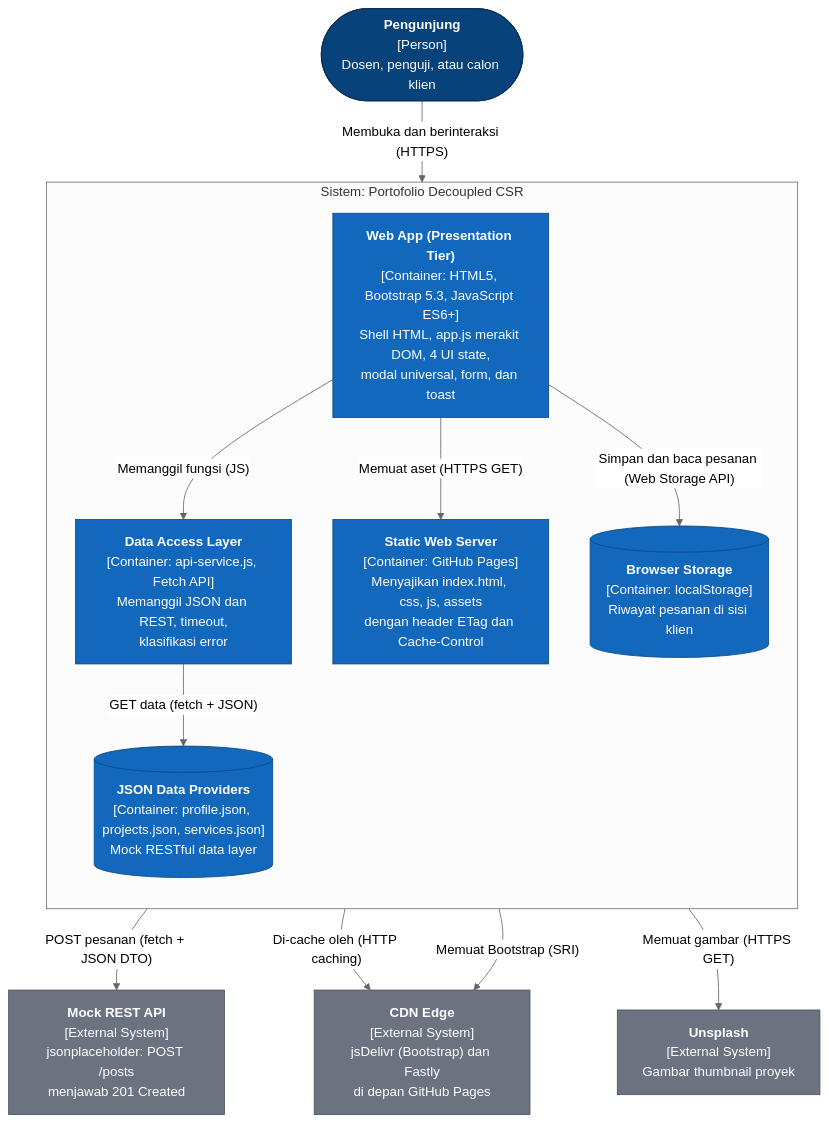
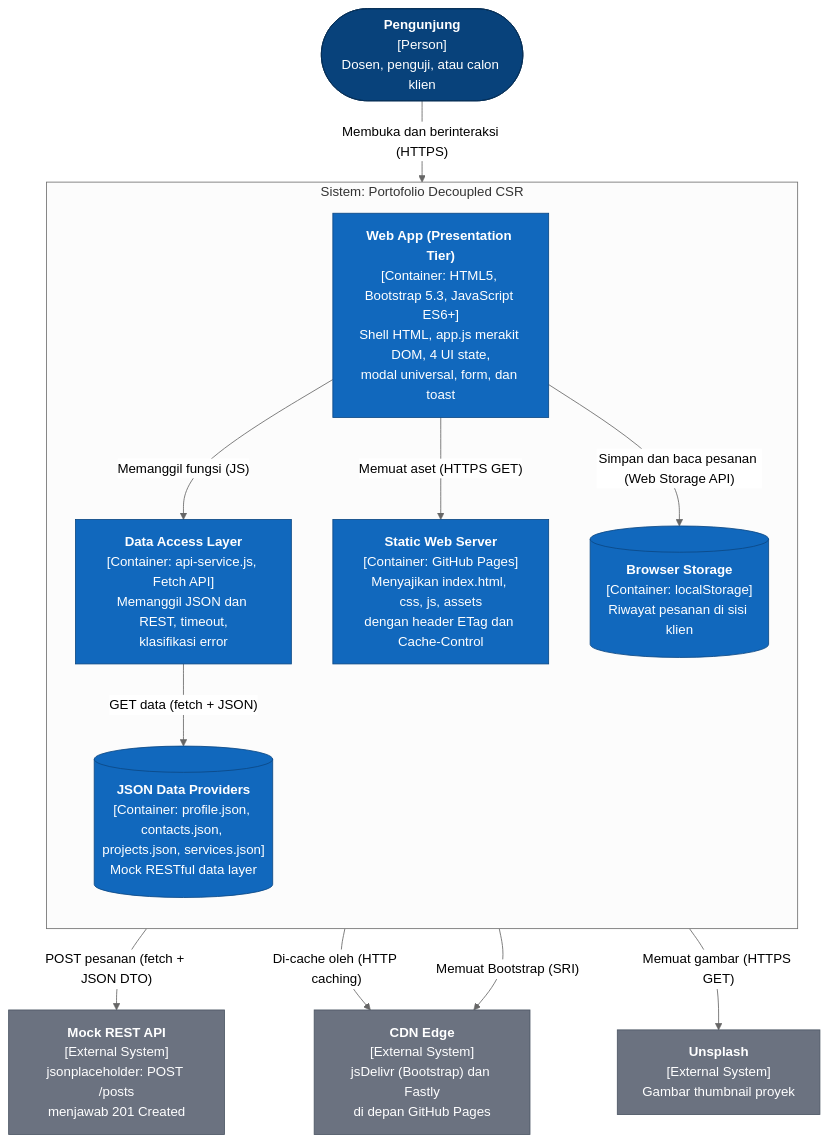
One commit to FredrickAritonang/ppw-2026-week2-12S24001 changed the first of 2 diagrams in README.md. Above: the diagram before and after it, drawn with Mermaid (neutral theme). The commit also changed other lines of this file, not shown here.

Commit message:
fix(docs): fix mermaid c4 architecture diagram syntax in readme

````diff
--- a/README.md
+++ b/README.md
@@ -31,34 +33,34 @@
 ```mermaid
 flowchart TB
   visitor(["<b>Pengunjung</b><br/>[Person]<br/>Dosen, penguji, atau calon klien"])
 
   subgraph boundary["Sistem: Portofolio Decoupled CSR"]
     direction TB
     spa["<b>Web App (Presentation Tier)</b><br/>[Container: HTML5, Bootstrap 5.3, JavaScript ES6+]<br/>Shell HTML, app.js merakit DOM, 4 UI state,<br/>modal universal, form, dan toast"]
     api["<b>Data Access Layer</b><br/>[Container: api-service.js, Fetch API]<br/>Memanggil JSON dan REST, timeout,<br/>klasifikasi error"]
     static["<b>Static Web Server</b><br/>[Container: GitHub Pages]<br/>Menyajikan index.html, css, js, assets<br/>dengan header ETag dan Cache-Control"]
-    json[("<b>JSON Data Providers</b><br/>[Container: profile.json, projects.json, services.json]<br/>Mock RESTful data layer")]
+    json[("<b>JSON Data Providers</b><br/>[Container: profile.json, contacts.json, projects.json, services.json]<br/>Mock RESTful data layer")]
     local[("<b>Browser Storage</b><br/>[Container: localStorage]<br/>Riwayat pesanan di sisi klien")]
   end
 
   cdn["<b>CDN Edge</b><br/>[External System]<br/>jsDelivr (Bootstrap) dan Fastly<br/>di depan GitHub Pages"]
   rest["<b>Mock REST API</b><br/>[External System]<br/>jsonplaceholder: POST /posts<br/>menjawab 201 Created"]
   img["<b>Unsplash</b><br/>[External System]<br/>Gambar thumbnail proyek"]
 
   visitor -->|"Membuka dan berinteraksi (HTTPS)"| spa
   spa -->|"Memanggil fungsi (JS)"| api
   spa -->|"Memuat aset (HTTPS GET)"| static
   spa -->|"Simpan dan baca pesanan (Web Storage API)"| local
   api -->|"GET data (fetch + JSON)"| json
   api -->|"POST pesanan (fetch + JSON DTO)"| rest
   static -->|"Di-cache oleh (HTTP caching)"| cdn
   spa -->|"Memuat Bootstrap (SRI)"| cdn
   spa -->|"Memuat gambar (HTTPS GET)"| img
 
   classDef person fill:#08427b,stroke:#052e56,color:#ffffff
   classDef container fill:#1168bd,stroke:#0b4884,color:#ffffff
   classDef external fill:#6b7280,stroke:#4b5563,color:#ffffff
   class visitor person
   class spa,api,static,json,local container
   class cdn,rest,img external
 ```
````
